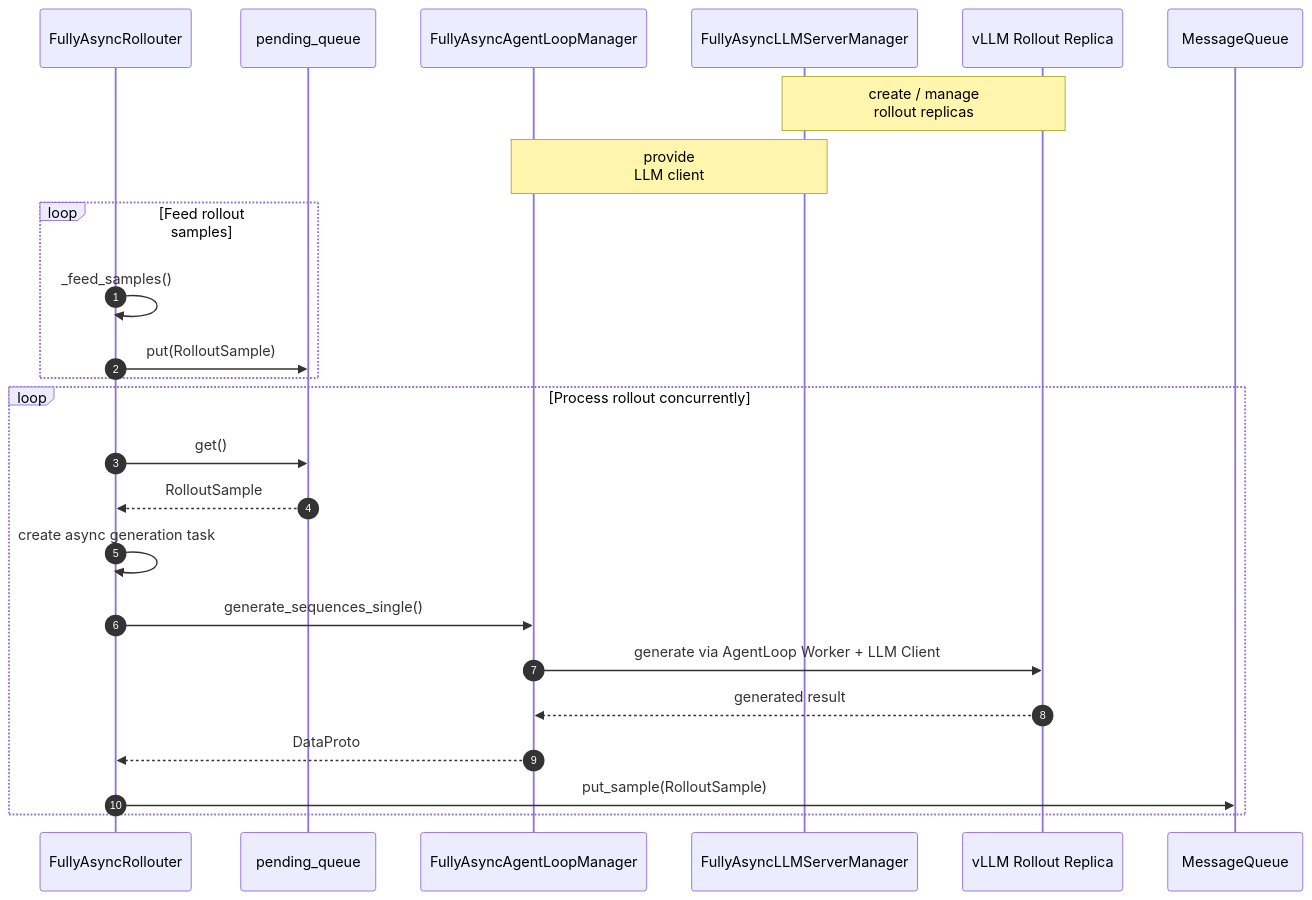
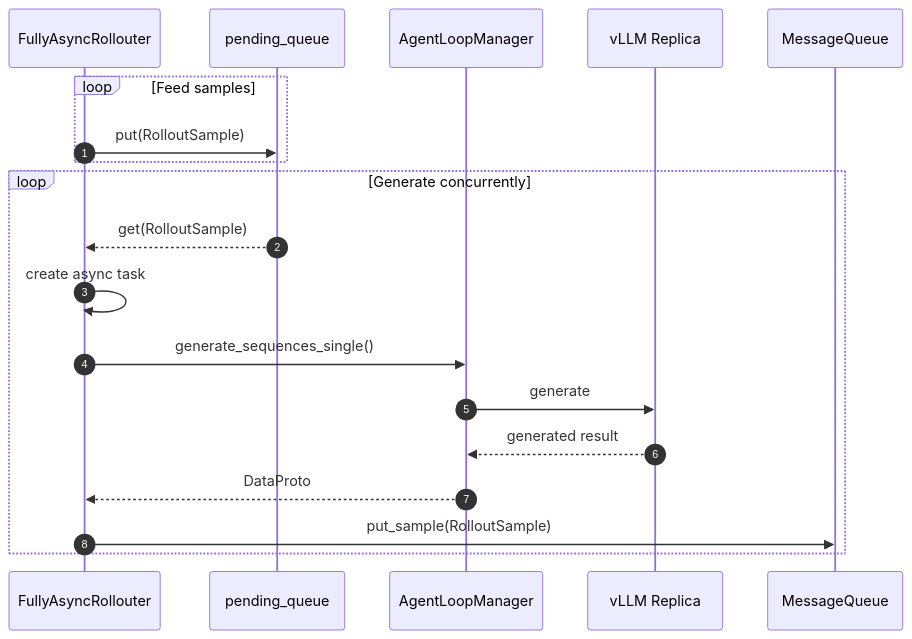
The second of 3 diagrams in verl-fully-async-policy-training-zh.md (Vivicai1005/verl-rocm-tutorials), drawn with Mermaid before and after one commit. The commit also changed other lines of this file, not shown here.

Commit message:
Enhance Fully Async Policy Training documentation

````diff
--- a/verl-fully-async-policy-training-zh.md
+++ b/verl-fully-async-policy-training-zh.md
@@ -125,33 +135,24 @@
 ```mermaid
 sequenceDiagram
     autonumber
 
     participant R as FullyAsyncRollouter
     participant PQ as pending_queue
-    participant ALM as FullyAsyncAgentLoopManager
-    participant SM as FullyAsyncLLMServerManager
-    participant V as vLLM Rollout Replica
+    participant ALM as AgentLoopManager
+    participant V as vLLM Replica
     participant MQ as MessageQueue
 
-    Note over SM,V: create / manage<br/>rollout replicas
-    Note over ALM,SM: provide<br/>LLM client
-
-    loop Feed rollout samples
-        R->>R: _feed_samples()
+    loop Feed samples
         R->>PQ: put(RolloutSample)
     end
 
-    loop Process rollout concurrently
-        R->>PQ: get()
-        PQ-->>R: RolloutSample
-
-        R->>R: create async generation task
+    loop Generate concurrently
+        PQ-->>R: get(RolloutSample)
+        R->>R: create async task
         R->>ALM: generate_sequences_single()
-
-        ALM->>V: generate via AgentLoop Worker + LLM Client
+        ALM->>V: generate
         V-->>ALM: generated result
-
         ALM-->>R: DataProto
         R->>MQ: put_sample(RolloutSample)
     end
 ```
````
